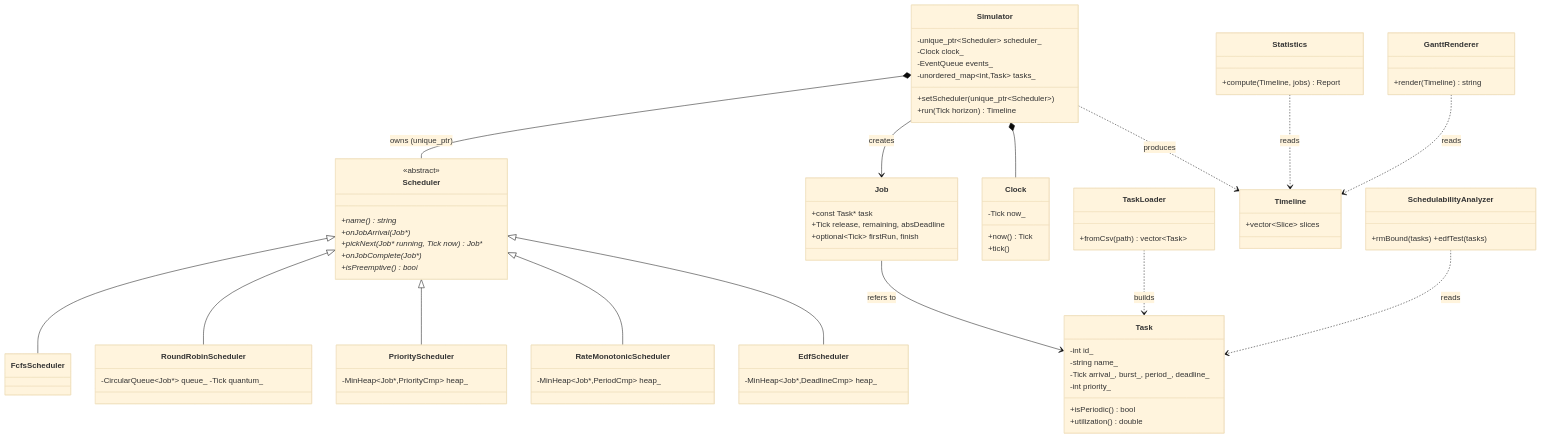
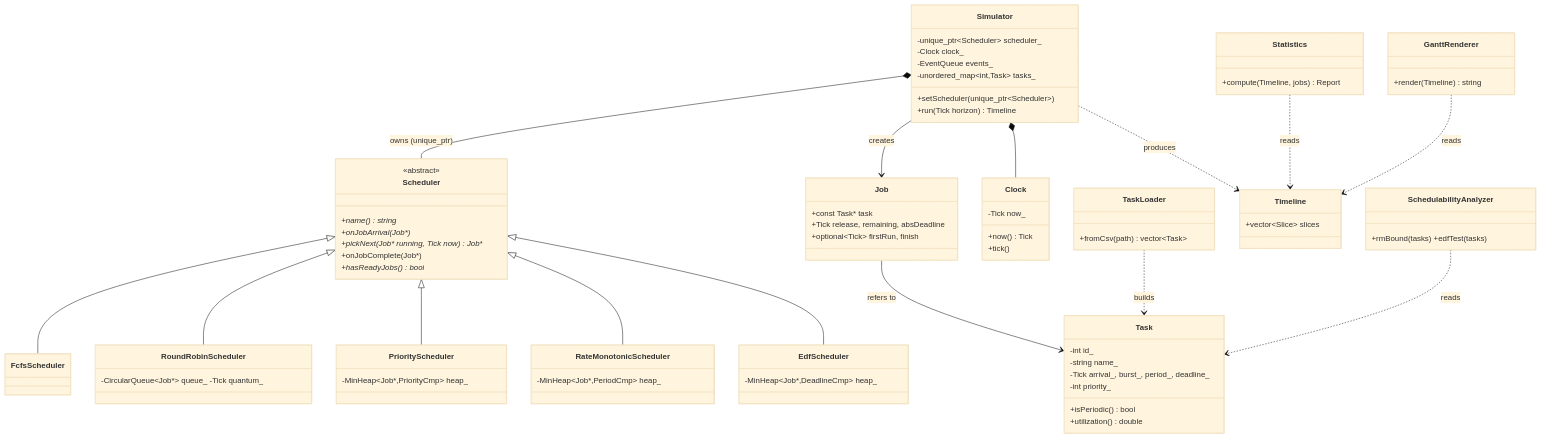
The diagram in docs/DESIGN.md (kishanballal/rtos-scheduler-simulator), drawn with Mermaid (base theme) before and after one commit. The commit also changed other lines of this file and 2 other files, not shown here.

````diff
--- a/docs/DESIGN.md
+++ b/docs/DESIGN.md
@@ -44,64 +44,64 @@
 ```mermaid
 classDiagram
     class Task {
         -int id_
         -string name_
         -Tick arrival_, burst_, period_, deadline_
         -int priority_
         +isPeriodic() bool
         +utilization() double
     }
     class Job {
         +const Task* task
         +Tick release, remaining, absDeadline
         +optional~Tick~ firstRun, finish
     }
     class TaskLoader {
         +fromCsv(path) vector~Task~
     }
     class Clock {
         -Tick now_
         +now() Tick
         +tick()
     }
     class Scheduler {
         <<abstract>>
         +name() string*
         +onJobArrival(Job*)*
         +pickNext(Job* running, Tick now) Job**
-        +onJobComplete(Job*)*
-        +isPreemptive() bool*
+        +onJobComplete(Job*)
+        +hasReadyJobs() bool*
     }
     class FcfsScheduler
     class RoundRobinScheduler { -CircularQueue~Job*~ queue_ -Tick quantum_ }
     class PriorityScheduler  { -MinHeap~Job*,PriorityCmp~ heap_ }
     class RateMonotonicScheduler { -MinHeap~Job*,PeriodCmp~ heap_ }
     class EdfScheduler { -MinHeap~Job*,DeadlineCmp~ heap_ }
     class Simulator {
         -unique_ptr~Scheduler~ scheduler_
         -Clock clock_
         -EventQueue events_
         -unordered_map~int,Task~ tasks_
         +setScheduler(unique_ptr~Scheduler~)
         +run(Tick horizon) Timeline
     }
     class Timeline { +vector~Slice~ slices }
     class Statistics { +compute(Timeline, jobs) Report }
     class GanttRenderer { +render(Timeline) string }
     class SchedulabilityAnalyzer { +rmBound(tasks) +edfTest(tasks) }
 
     Scheduler <|-- FcfsScheduler
     Scheduler <|-- RoundRobinScheduler
     Scheduler <|-- PriorityScheduler
     Scheduler <|-- RateMonotonicScheduler
     Scheduler <|-- EdfScheduler
     Simulator *-- Clock
     Simulator *-- Scheduler : owns (unique_ptr)
     Simulator --> Job : creates
     Job --> Task : refers to
     TaskLoader ..> Task : builds
     Simulator ..> Timeline : produces
     Statistics ..> Timeline : reads
     GanttRenderer ..> Timeline : reads
     SchedulabilityAnalyzer ..> Task : reads
 ```
````
